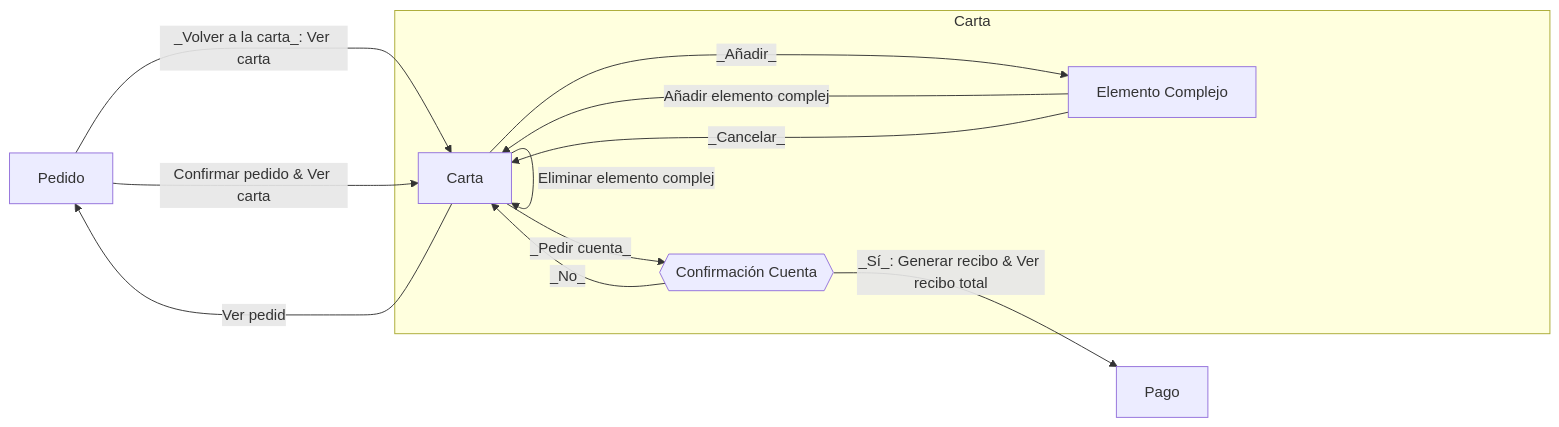
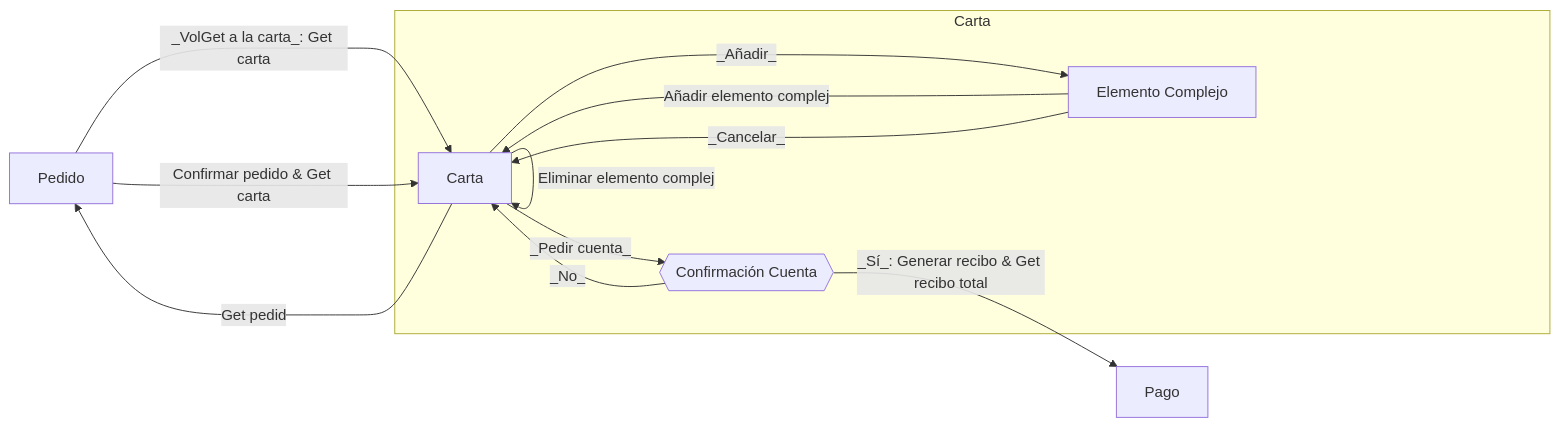
Before and after one commit to pabenito/QRest: the fourth of 9 diagrams in documentacion/requisitos/diagramas_de_flujo.md, drawn with Mermaid. The commit also changed other lines of this file, not shown here.

Commit message:
Diagramas de flujo: Casos de uso del backend & Sintaxis

````diff
--- a/documentacion/requisitos/diagramas_de_flujo.md
+++ b/documentacion/requisitos/diagramas_de_flujo.md
@@ -20,22 +46,22 @@
 ```mermaid
 flowchart LR
     pedido[Pedido]
     pago[Pago]
     subgraph g_carta[Carta]
         carta[Carta]
         elemento_complejo[Elemento Complejo]
         confirmacion_cuenta{{Confirmación Cuenta}}
     end
     carta --Añadir elemento simple--> carta
     carta --Eliminar elemento simple--> carta
     carta --Eliminar elemento complejo--> carta
     carta --_Añadir_--> elemento_complejo
     elemento_complejo --Añadir elemento complejo--> carta
     elemento_complejo --_Cancelar_--> carta
-    carta --Ver pedido--> pedido
-    pedido --_Volver a la carta_: Ver carta--> carta
-    pedido --Confirmar pedido & Ver carta--> carta
+    carta --Get pedido--> pedido
+    pedido --_VolGet a la carta_: Get carta--> carta
+    pedido --Confirmar pedido & Get carta--> carta
     carta --_Pedir cuenta_--> confirmacion_cuenta
-    confirmacion_cuenta --_Sí_: Generar recibo & Ver recibo total--> pago
+    confirmacion_cuenta --_Sí_: Generar recibo & Get recibo total--> pago
     confirmacion_cuenta --_No_--> carta
 ```
````
